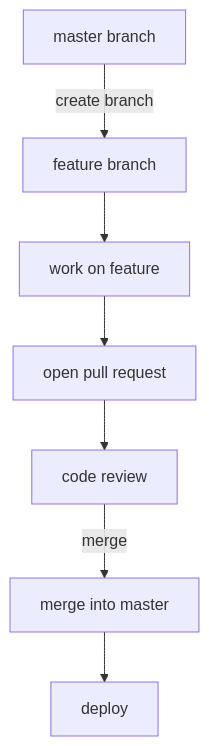
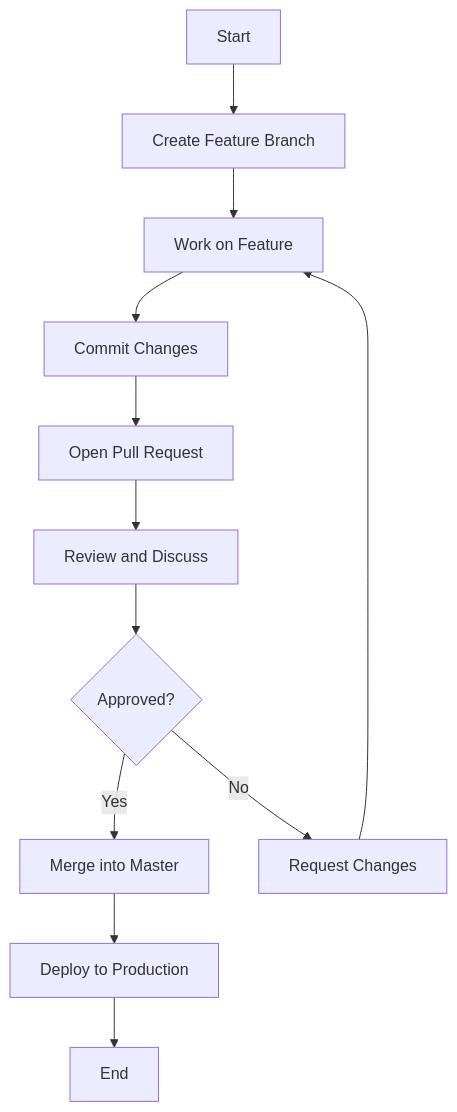
Before and after one commit to shinyay/getting-started-with-github-flow: the diagram in README.md, drawn with Mermaid.

Commit message:
Add Diagram of GitHub Flow

````diff
--- a/README.md
+++ b/README.md
@@ -7,9 +7,14 @@
 ```mermaid
 graph TD;
-  A[master branch] -->|create branch| B[feature branch];
-  B --> C[work on feature];
-  C --> D[open pull request];
-  D --> E[code review];
-  E -->|merge| F[merge into master];
-  F --> G[deploy];
+    A[Start] --> B[Create Feature Branch];
+    B --> C[Work on Feature];
+    C --> D[Commit Changes];
+    D --> E[Open Pull Request];
+    E --> F[Review and Discuss];
+    F --> G{Approved?};
+    G -->|Yes| H[Merge into Master];
+    G -->|No| I[Request Changes];
+    I --> C;
+    H --> J[Deploy to Production];
+    J --> K[End];
 ```
````
